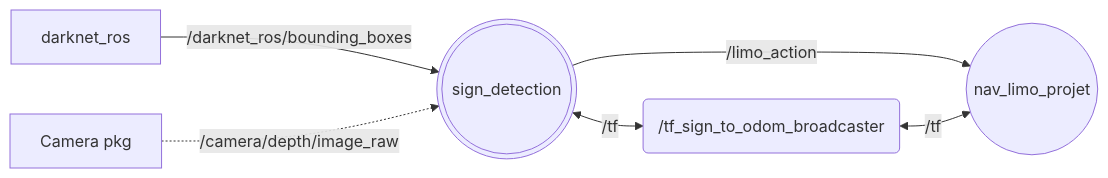
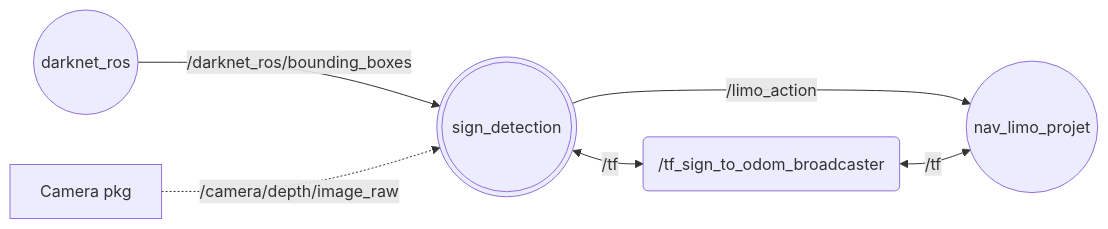
The third of 5 diagrams in README.md (idwessough/autonomous-driving), drawn with Mermaid before and after one commit. The commit also changed other lines of this file, not shown here.

Commit message:
schemq noeud ros

````diff
--- a/README.md
+++ b/README.md
@@ -103,10 +103,10 @@
 ```mermaid
 graph LR
-    T1[darknet_ros] -- /darknet_ros/bounding_boxes --> Node(((sign_detection)))
+    T1((darknet_ros)) -- /darknet_ros/bounding_boxes --> Node(((sign_detection)))
     S1[Camera pkg] -. /camera/depth/image_raw .-> Node(((sign_detection)))
 
     Node -- /limo_action -->D((nav_limo_projet))
     Node <-- /tf -->TF(/tf_sign_to_odom_broadcaster)
 
     TF <-- /tf --> D
 ```
````
